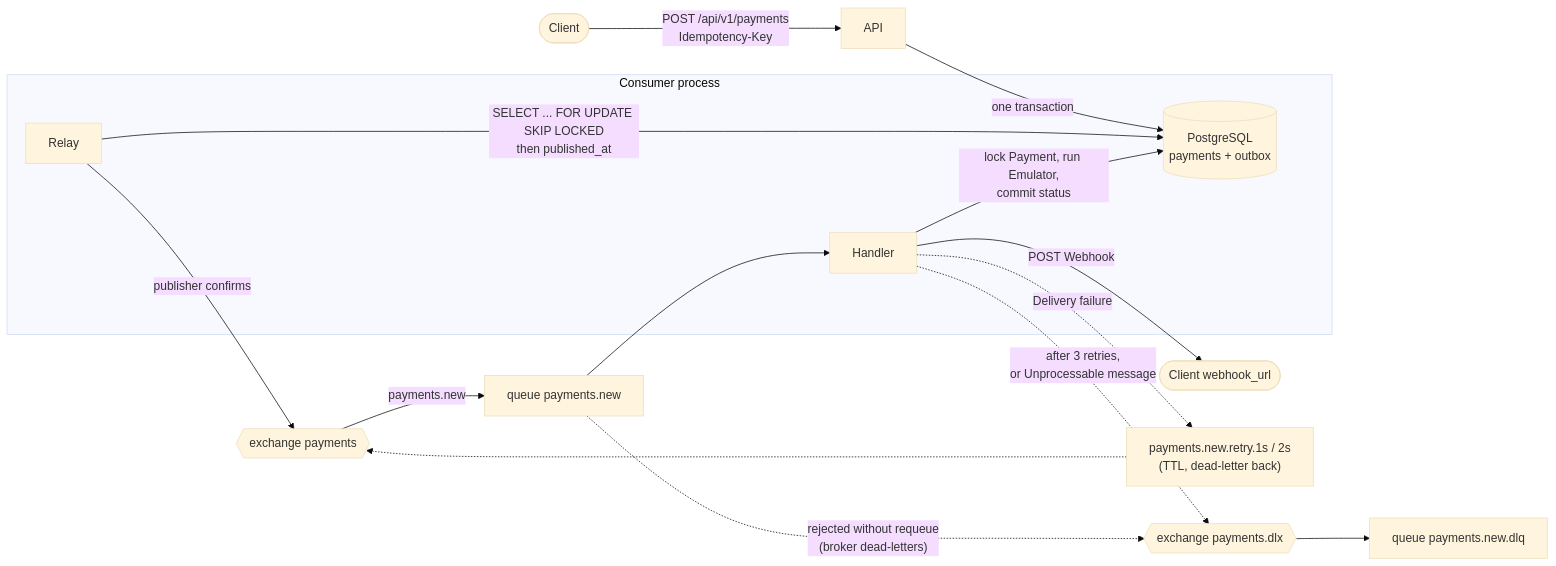
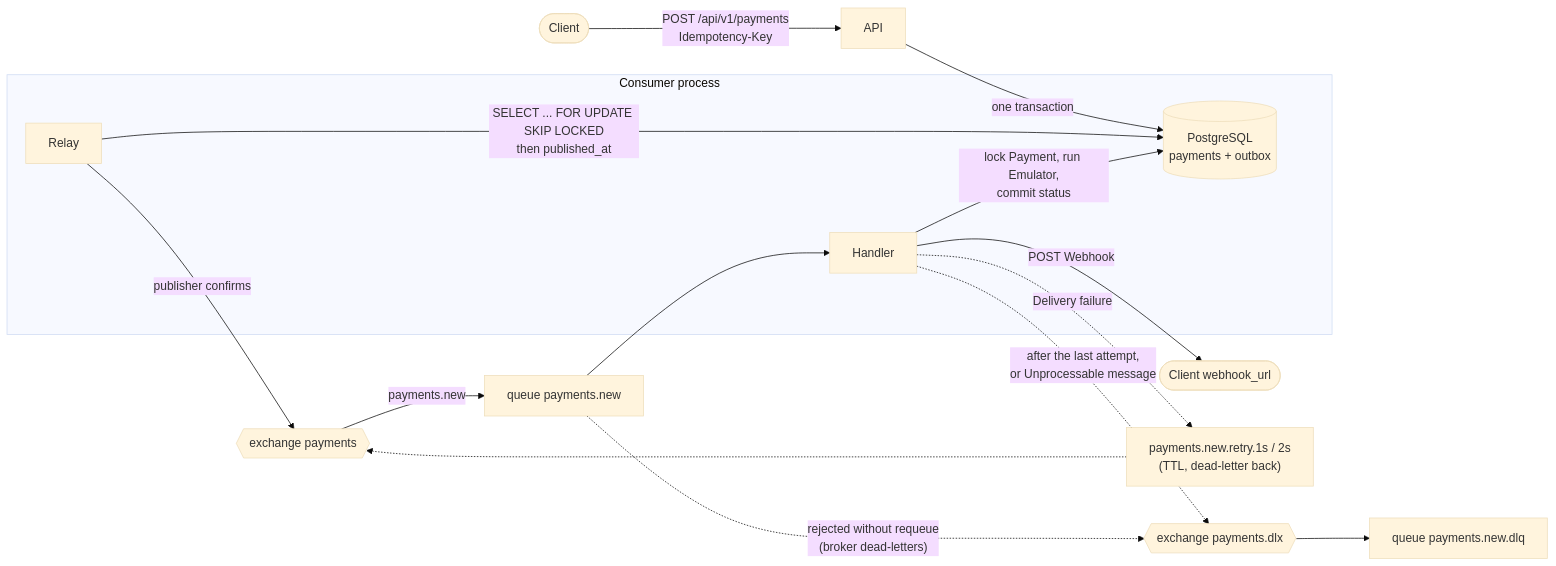
The diagram in README.md (AndreiSerov/test-proj-mccbasis), drawn with Mermaid (base theme) before and after one commit. The commit also changed other lines of this file and 1 other file, not shown here.

````diff
--- a/README.md
+++ b/README.md
@@ -11,19 +11,19 @@
 ```mermaid
 flowchart LR
     Client([Client]) -->|"POST /api/v1/payments<br/>Idempotency-Key"| API
     API -->|"one transaction"| PG[("PostgreSQL<br/>payments + outbox")]
     subgraph Consumer process
         Relay -->|"SELECT ... FOR UPDATE SKIP LOCKED<br/>then published_at"| PG
         Handler
     end
     Relay -->|"publisher confirms"| EX{{"exchange payments"}}
     EX -->|payments.new| Q["queue payments.new"]
     Q --> Handler
     Handler -->|"lock Payment, run Emulator,<br/>commit status"| PG
     Handler -->|"POST Webhook"| Hook([Client webhook_url])
     Handler -.->|"Delivery failure"| R["payments.new.retry.1s / 2s<br/>(TTL, dead-letter back)"]
     R -.-> EX
-    Handler -.->|"after 3 retries,<br/>or Unprocessable message"| DLX{{"exchange payments.dlx"}}
+    Handler -.->|"after the last attempt,<br/>or Unprocessable message"| DLX{{"exchange payments.dlx"}}
     DLX --> DLQ["queue payments.new.dlq"]
     Q -.->|"rejected without requeue<br/>(broker dead-letters)"| DLX
 ```
````
